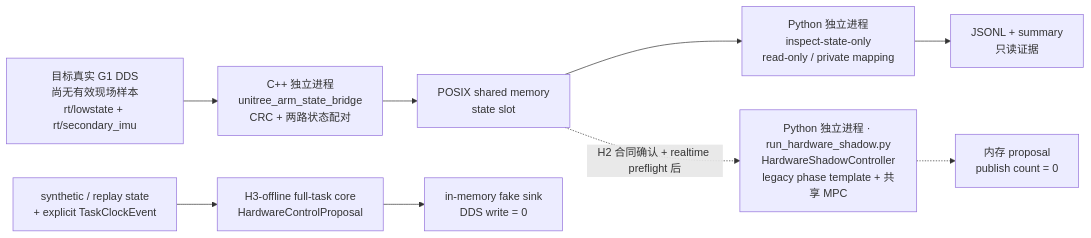
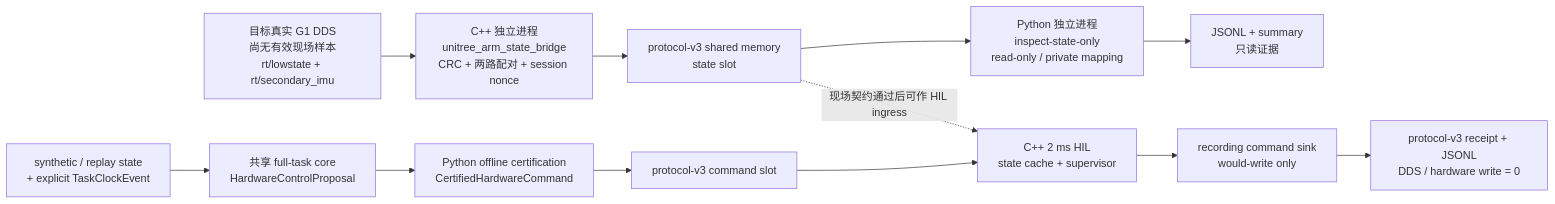
The third of 4 diagrams in ARCHITECTURE.md (jiakefu9-hub/hold-my-beer-mpc), drawn with Mermaid before and after one commit. The commit also changed other lines of this file and 45 other files, not shown here.

Commit message:
feat: add publisher-absent hardware command HIL

````diff
--- a/ARCHITECTURE.md
+++ b/ARCHITECTURE.md
@@ -93,17 +93,19 @@
 ```mermaid
 flowchart LR
   G1["目标真实 G1 DDS<br/>尚无有效现场样本<br/>rt/lowstate + rt/secondary_imu"]
-  Bridge["C++ 独立进程<br/>unitree_arm_state_bridge<br/>CRC + 两路状态配对"]
-  SHM["POSIX shared memory<br/>state slot"]
+  Bridge["C++ 独立进程<br/>unitree_arm_state_bridge<br/>CRC + 两路配对 + session nonce"]
+  SHM["protocol-v3 shared memory<br/>state slot"]
   Inspect["Python 独立进程<br/>inspect-state-only<br/>read-only / private mapping"]
   Evidence["JSONL + summary<br/>只读证据"]
-  FullShadow["Python 独立进程 · run_hardware_shadow.py<br/>HardwareShadowController<br/>legacy phase template + 共享 MPC"]
-  Proposal["内存 proposal<br/>publish count = 0"]
   Fixture["synthetic / replay state<br/>+ explicit TaskClockEvent"]
-  H3["H3-offline full-task core<br/>HardwareControlProposal"]
-  Fake["in-memory fake sink<br/>DDS write = 0"]
+  Core["共享 full-task core<br/>HardwareControlProposal"]
+  Cert["Python offline certification<br/>CertifiedHardwareCommand"]
+  Cmd["protocol-v3 command slot"]
+  Hil["C++ 2 ms HIL<br/>state cache + supervisor"]
+  Fake["recording command sink<br/>would-write only"]
+  Receipt["protocol-v3 receipt + JSONL<br/>DDS / hardware write = 0"]
 
   G1 --> Bridge --> SHM --> Inspect --> Evidence
-  SHM -. "H2 合同确认 + realtime preflight 后" .-> FullShadow -.-> Proposal
-  Fixture --> H3 --> Fake
+  Fixture --> Core --> Cert --> Cmd --> Hil --> Fake --> Receipt
+  SHM -. "现场契约通过后可作 HIL ingress" .-> Hil
 ```
````
